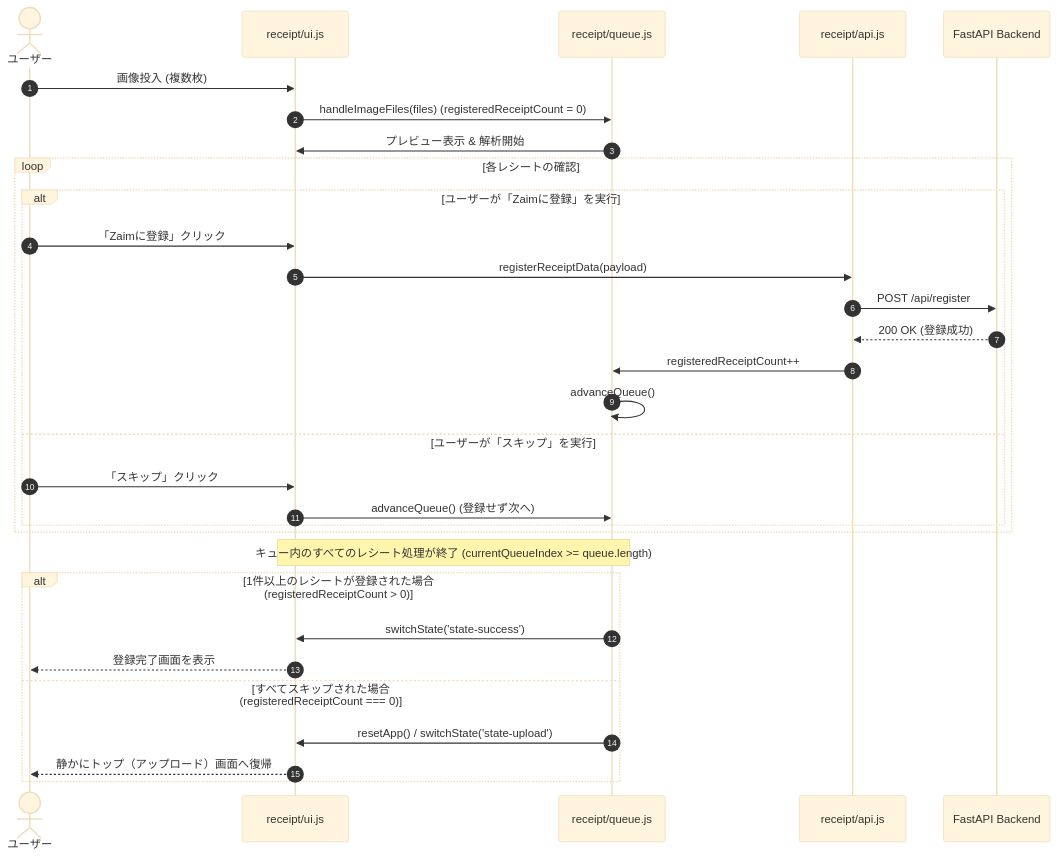
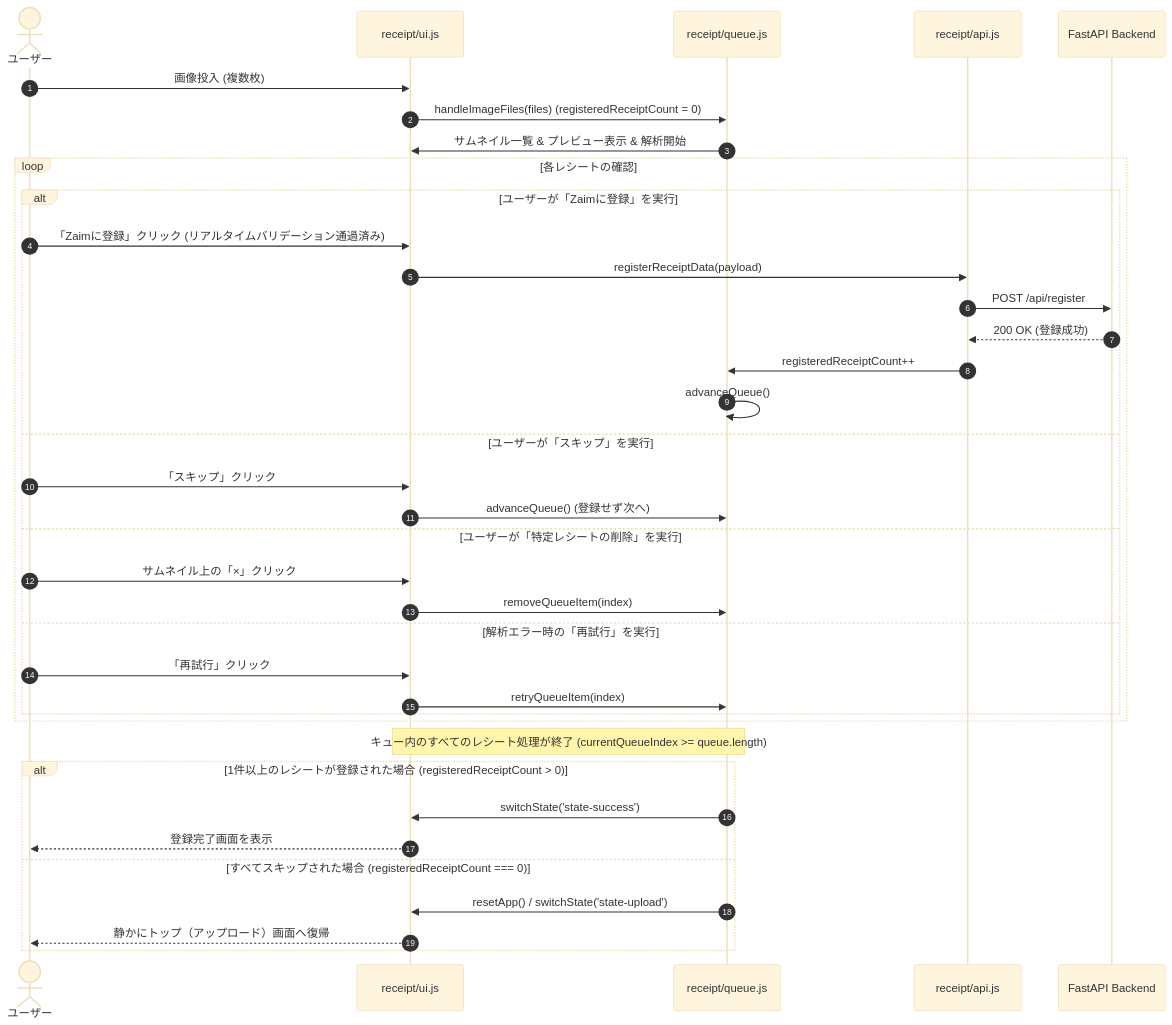
Before and after one commit to y-kbys/zaim-lens: the second of 3 diagrams in .kiro/specs/receipt-workflow-ui/design.md, drawn with Mermaid (base theme). The commit also changed other lines of this file and 3 other files, not shown here.

````diff
--- a/.kiro/specs/receipt-workflow-ui/design.md
+++ b/.kiro/specs/receipt-workflow-ui/design.md
@@ -111,37 +120,43 @@
 ```mermaid
 sequenceDiagram
     autonumber
     actor User as ユーザー
     participant UI as receipt/ui.js
     participant Queue as receipt/queue.js
     participant API as receipt/api.js
     participant Backend as FastAPI Backend
 
     User->>UI: 画像投入 (複数枚)
     UI->>Queue: handleImageFiles(files) (registeredReceiptCount = 0)
-    Queue->>UI: プレビュー表示 & 解析開始
+    Queue->>UI: サムネイル一覧 & プレビュー表示 & 解析開始
 
     loop 各レシートの確認
         alt ユーザーが「Zaimに登録」を実行
-            User->>UI: 「Zaimに登録」クリック
+            User->>UI: 「Zaimに登録」クリック (リアルタイムバリデーション通過済み)
             UI->>API: registerReceiptData(payload)
             API->>Backend: POST /api/register
             Backend-->>API: 200 OK (登録成功)
             API->>Queue: registeredReceiptCount++
             Queue->>Queue: advanceQueue()
         else ユーザーが「スキップ」を実行
             User->>UI: 「スキップ」クリック
             UI->>Queue: advanceQueue() (登録せず次へ)
+        else ユーザーが「特定レシートの削除」を実行
+            User->>UI: サムネイル上の「×」クリック
+            UI->>Queue: removeQueueItem(index)
+        else 解析エラー時の「再試行」を実行
+            User->>UI: 「再試行」クリック
+            UI->>Queue: retryQueueItem(index)
         end
     end
 
     Note over Queue, UI: キュー内のすべてのレシート処理が終了 (currentQueueIndex >= queue.length)
     
     alt 1件以上のレシートが登録された場合 (registeredReceiptCount > 0)
         Queue->>UI: switchState('state-success')
         UI-->>User: 登録完了画面を表示
     else すべてスキップされた場合 (registeredReceiptCount === 0)
         Queue->>UI: resetApp() / switchState('state-upload')
         UI-->>User: 静かにトップ（アップロード）画面へ復帰
     end
 ```
````
